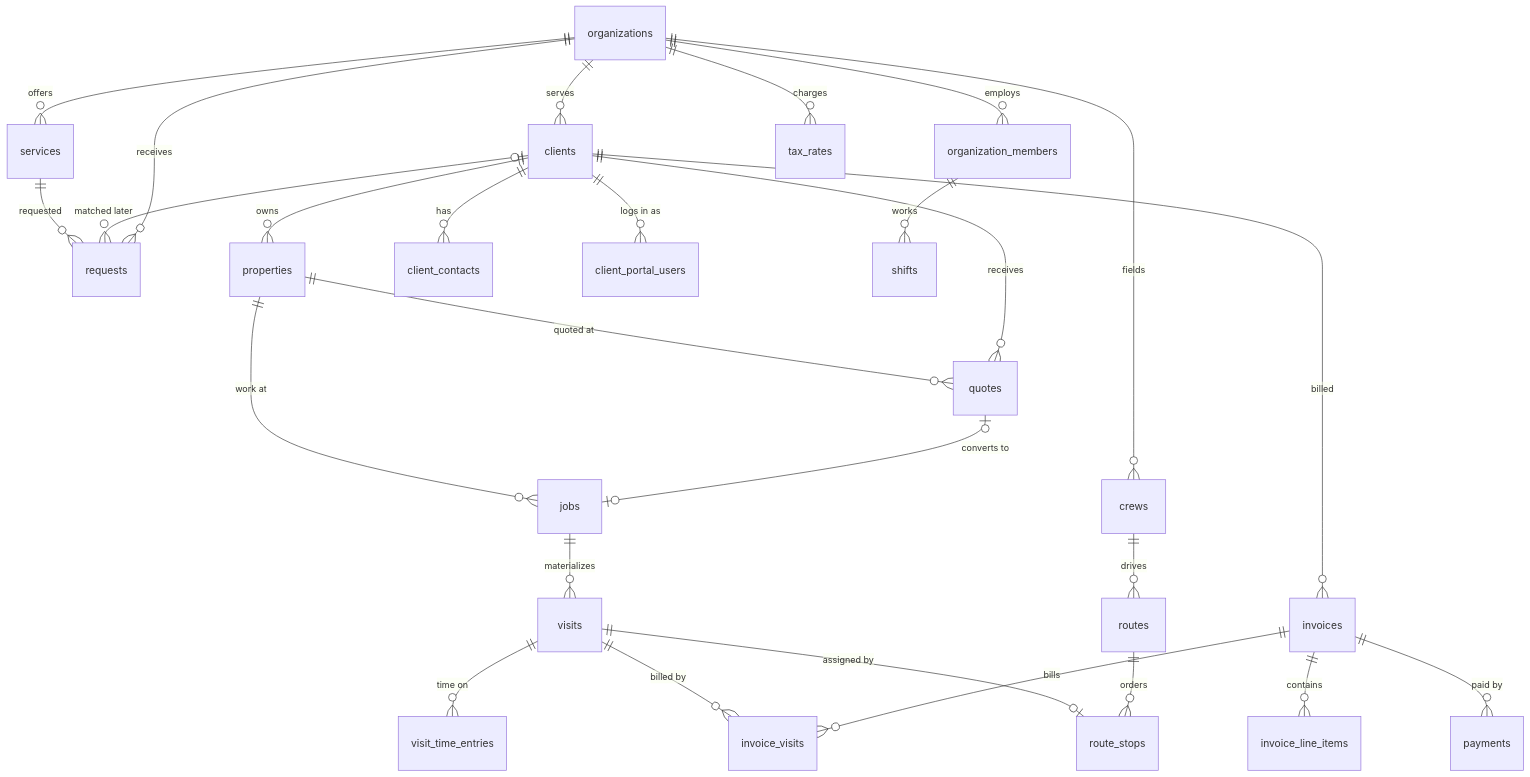
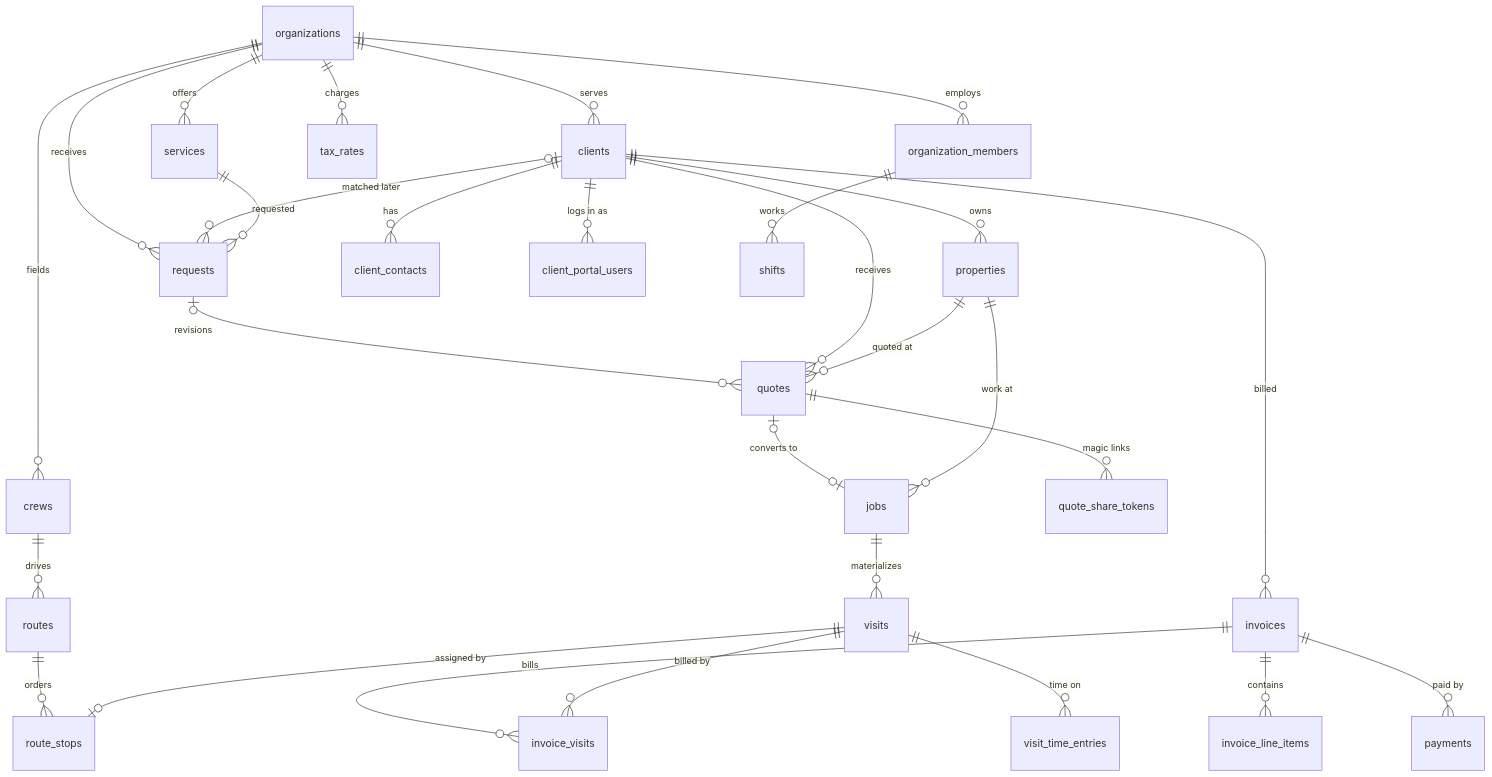
One commit to AbsoluteCRM/CRM changed the first of 4 diagrams in docs/database/erd.md. Above: the diagram before and after it, drawn with Mermaid. The commit also changed other lines of this file and 6 other files, not shown here.

First line of the commit message:
Add quote request link and share token schema

````diff
--- a/docs/database/erd.md
+++ b/docs/database/erd.md
@@ -10,34 +10,36 @@
 ```mermaid
 erDiagram
     organizations ||--o{ organization_members : employs
     organizations ||--o{ clients : serves
     organizations ||--o{ crews : fields
     organizations ||--o{ services : offers
     organizations ||--o{ tax_rates : charges
     organizations ||--o{ requests : receives
     clients |o--o{ requests : "matched later"
     services ||--o{ requests : "requested"
+    requests |o--o{ quotes : "revisions"
 
     clients ||--o{ properties : owns
     clients ||--o{ client_contacts : has
     clients ||--o{ client_portal_users : "logs in as"
 
     clients ||--o{ quotes : receives
     properties ||--o{ quotes : "quoted at"
     quotes |o--o| jobs : "converts to"
+    quotes ||--o{ quote_share_tokens : "magic links"
     properties ||--o{ jobs : "work at"
     jobs ||--o{ visits : materializes
 
     crews ||--o{ routes : drives
     routes ||--o{ route_stops : orders
     visits ||--o| route_stops : "assigned by"
 
     clients ||--o{ invoices : billed
     invoices ||--o{ invoice_line_items : contains
     invoices ||--o{ invoice_visits : bills
     visits ||--o{ invoice_visits : "billed by"
     invoices ||--o{ payments : "paid by"
 
     organization_members ||--o{ shifts : works
     visits ||--o{ visit_time_entries : "time on"
 ```
````
